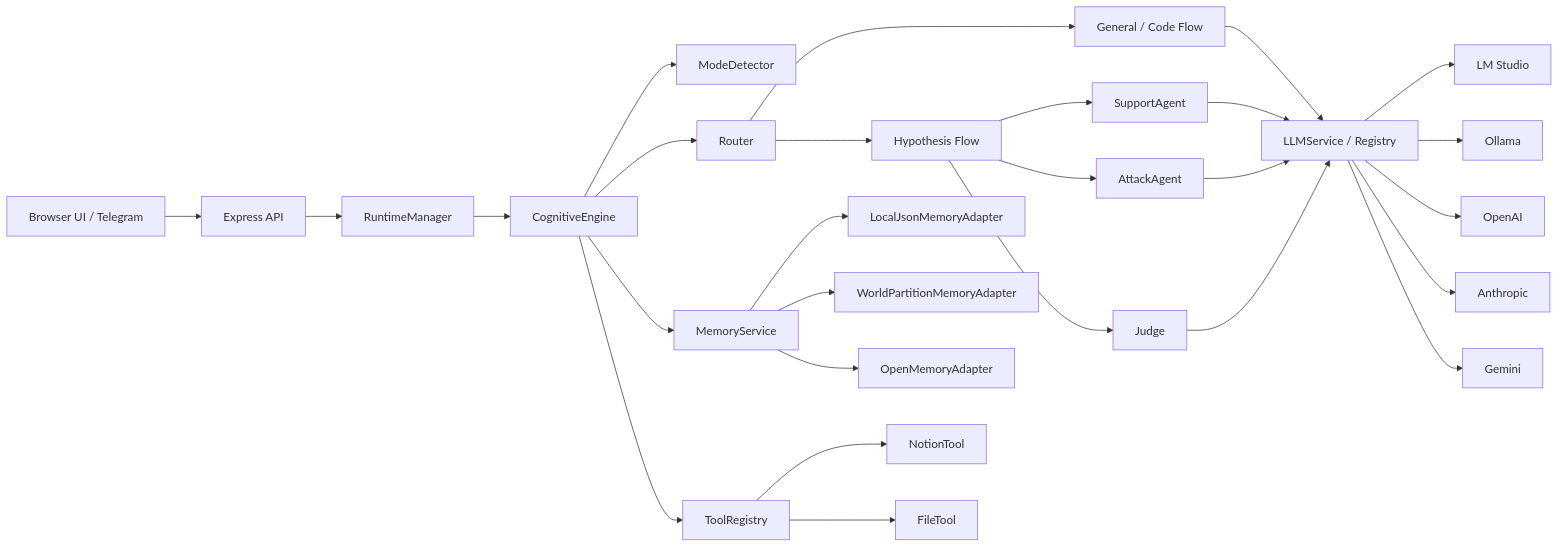
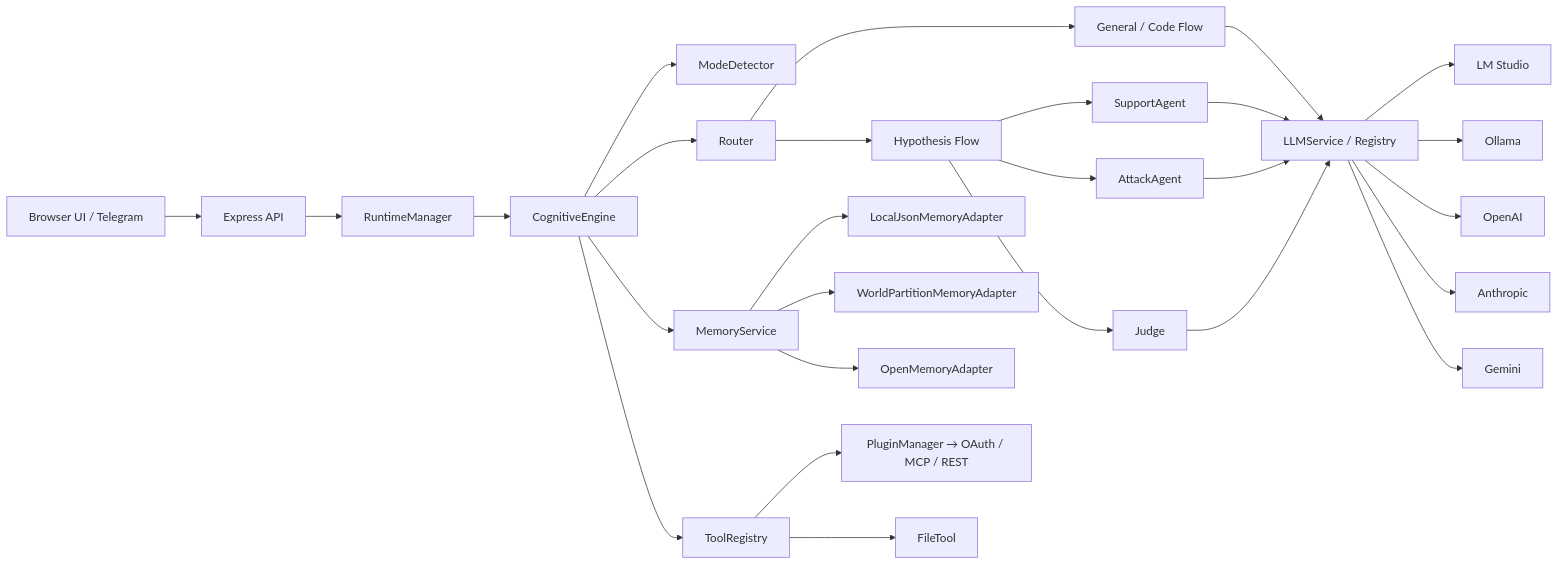
The diagram in README.md (Ilyaberdar/local-cognitive-AI-system), drawn with Mermaid before and after one commit. The commit also changed other lines of this file and 75 other files, not shown here.

````diff
--- a/README.md
+++ b/README.md
@@ -616,35 +614,35 @@
 ```mermaid
 flowchart LR
   U["Browser UI / Telegram"] --> API["Express API"]
   API --> RT["RuntimeManager"]
   RT --> ENG["CognitiveEngine"]
   ENG --> MODE["ModeDetector"]
   ENG --> ROUTER["Router"]
   ENG --> MEM["MemoryService"]
   ENG --> TOOLS["ToolRegistry"]
 
   ROUTER --> GEN["General / Code Flow"]
   ROUTER --> HYP["Hypothesis Flow"]
 
   HYP --> SUP["SupportAgent"]
   HYP --> ATT["AttackAgent"]
   HYP --> J["Judge"]
 
   SUP --> LLM["LLMService / Registry"]
   ATT --> LLM
   J --> LLM
   GEN --> LLM
 
   LLM --> LMS["LM Studio"]
   LLM --> OLL["Ollama"]
   LLM --> OAI["OpenAI"]
   LLM --> ANT["Anthropic"]
   LLM --> GEM["Gemini"]
 
-  TOOLS --> NOTION["NotionTool"]
+  TOOLS --> PLUGINS["PluginManager → OAuth / MCP / REST"]
   TOOLS --> FILE["FileTool"]
 
   MEM --> JSON["LocalJsonMemoryAdapter"]
   MEM --> WP["WorldPartitionMemoryAdapter"]
   MEM --> OM["OpenMemoryAdapter"]
 ```
````
